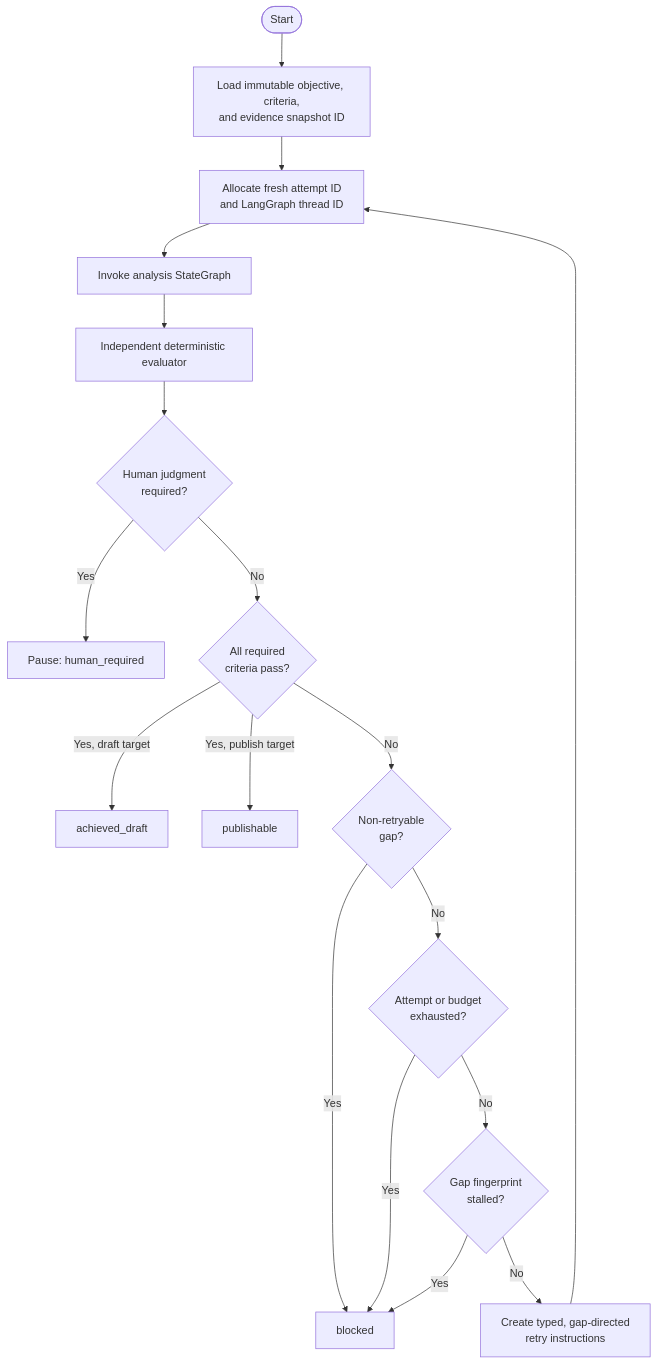
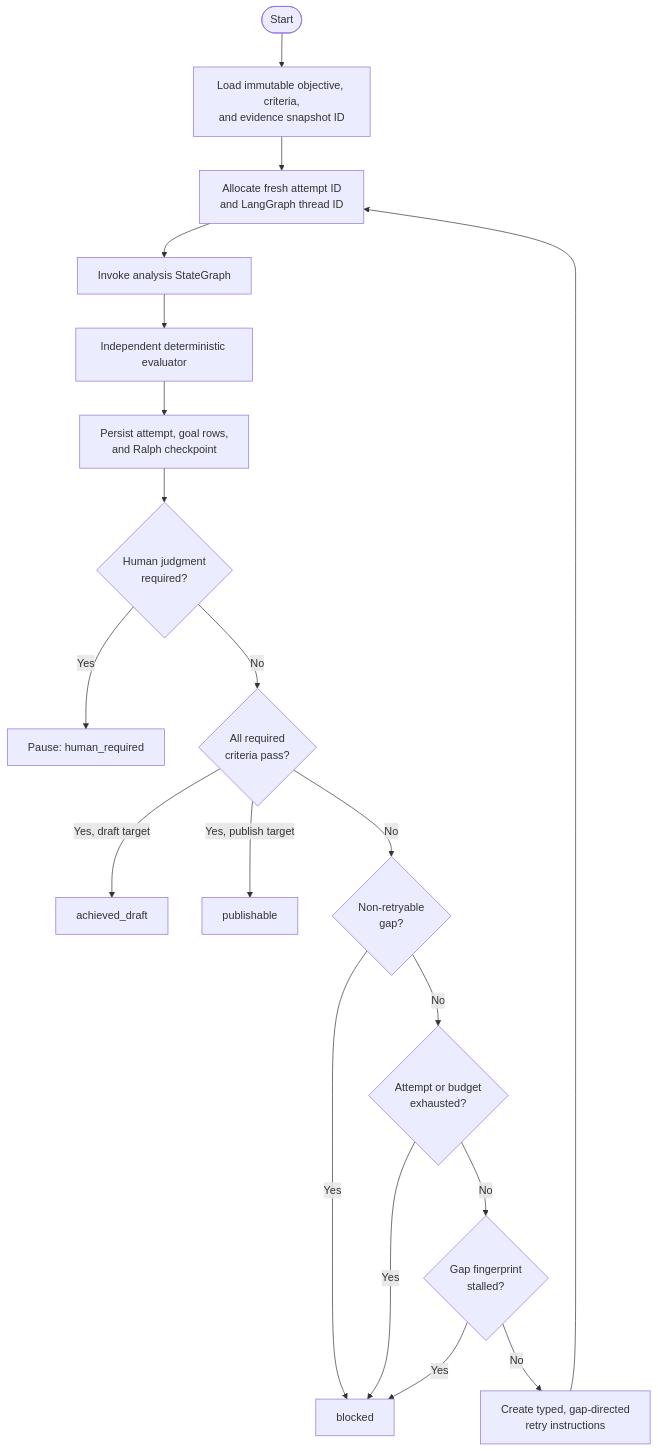
Before and after one commit to sw30labs/PorterForcesAI: the first of 2 diagrams in docs/technical/ralph-loop.md, drawn with Mermaid. The commit also changed other lines of this file and 14 other files, not shown here.

````diff
--- a/docs/technical/ralph-loop.md
+++ b/docs/technical/ralph-loop.md
@@ -13,20 +15,21 @@
 ```mermaid
 flowchart TD
     S([Start]) --> L[Load immutable objective, criteria,<br/>and evidence snapshot ID]
     L --> A[Allocate fresh attempt ID<br/>and LangGraph thread ID]
     A --> G[Invoke analysis StateGraph]
     G --> E[Independent deterministic evaluator]
-    E --> H{Human judgment<br/>required?}
+    E --> K[Persist attempt, goal rows,<br/>and Ralph checkpoint]
+    K --> H{Human judgment<br/>required?}
     H -- Yes --> P[Pause: human_required]
     H -- No --> C{All required<br/>criteria pass?}
     C -- Yes, draft target --> D[achieved_draft]
     C -- Yes, publish target --> U[publishable]
     C -- No --> N{Non-retryable<br/>gap?}
     N -- Yes --> B[blocked]
     N -- No --> X{Attempt or budget<br/>exhausted?}
     X -- Yes --> B
     X -- No --> T{Gap fingerprint<br/>stalled?}
     T -- Yes --> B
     T -- No --> R[Create typed, gap-directed<br/>retry instructions]
     R --> A
 ```
````
